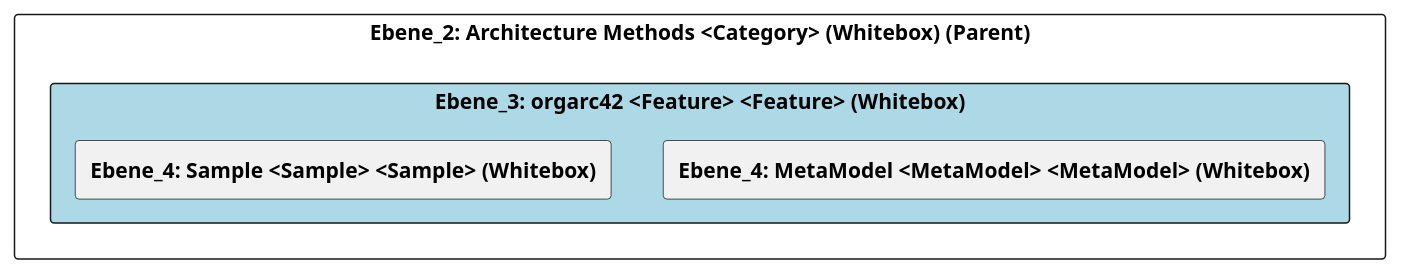
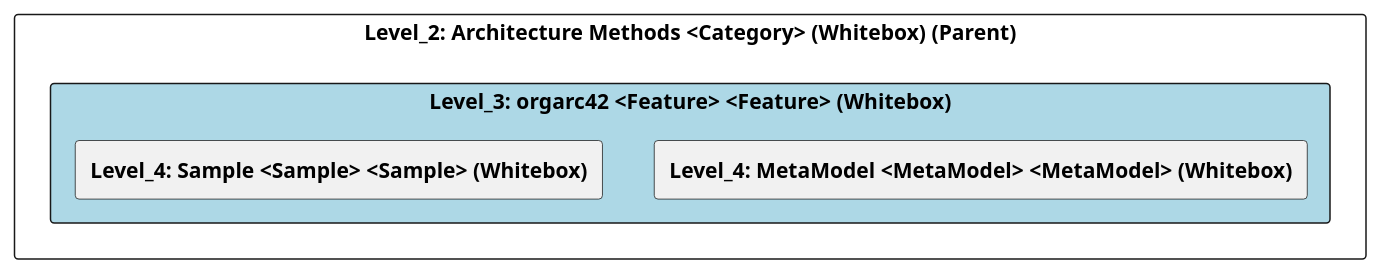
The diagram in doc/cleonproject_deliverables_architecture_model_architecture/adoc/de/05_bausteinsicht/cleon/architecture_methods/orgarc42/ebene_3_orgarc42.adoc (marcozwyssig/cleon), drawn with PlantUML before and after one commit. The commit also changed other lines of this file and 83 other files, not shown here.

```diff
--- a/doc/cleonproject_deliverables_architecture_model_architecture/adoc/de/05_bausteinsicht/cleon/architecture_methods/orgarc42/ebene_3_orgarc42.adoc
+++ b/doc/cleonproject_deliverables_architecture_model_architecture/adoc/de/05_bausteinsicht/cleon/architecture_methods/orgarc42/ebene_3_orgarc42.adoc
@@ -20,25 +20,25 @@
-[plantuml, Ebene_3: orgarc42 <Feature> <Feature> (Whitebox)BlockOverview, format="svg"]
+[plantuml, Level_3: orgarc42 <Feature> <Feature> (Whitebox)BlockOverview, format="svg"]
 ----
-@startuml Ebene_3: orgarc42 <Feature> <Feature> (Whitebox)BuildingBlockOverview
+@startuml Level_3: orgarc42 <Feature> <Feature> (Whitebox)BuildingBlockOverview
 
 skinparam ranksep 10
 skinparam componentStyle rectangle
 skinparam shadowing false
 skinparam arrowColor lightblue
 skinparam arrowThickness 1.2
 skinparam rectangle {
   BackgroundColor White
   BorderColor #333
   RoundCorner 10
 }
 top to bottom direction
 
-component "Ebene_2: Architecture Methods <Category> (Whitebox) (Parent)" {
-    component "Ebene_3: orgarc42 <Feature> <Feature> (Whitebox)" #lightblue {
-        [**Ebene_4: MetaModel <MetaModel> <MetaModel> (Whitebox)**] as 4A56DE4B_D579_11EE_903E_9F564E4DE07E
-        [**Ebene_4: Sample <Sample> <Sample> (Whitebox)**] as 4A570578_D579_11EE_903E_9F564E4DE07E
+component "Level_2: Architecture Methods <Category> (Whitebox) (Parent)" {
+    component "Level_3: orgarc42 <Feature> <Feature> (Whitebox)" #lightblue {
+        [**Level_4: MetaModel <MetaModel> <MetaModel> (Whitebox)**] as 4A56DE4B_D579_11EE_903E_9F564E4DE07E
+        [**Level_4: Sample <Sample> <Sample> (Whitebox)**] as 4A570578_D579_11EE_903E_9F564E4DE07E
     }
 }
 
 @enduml
 ----
```
